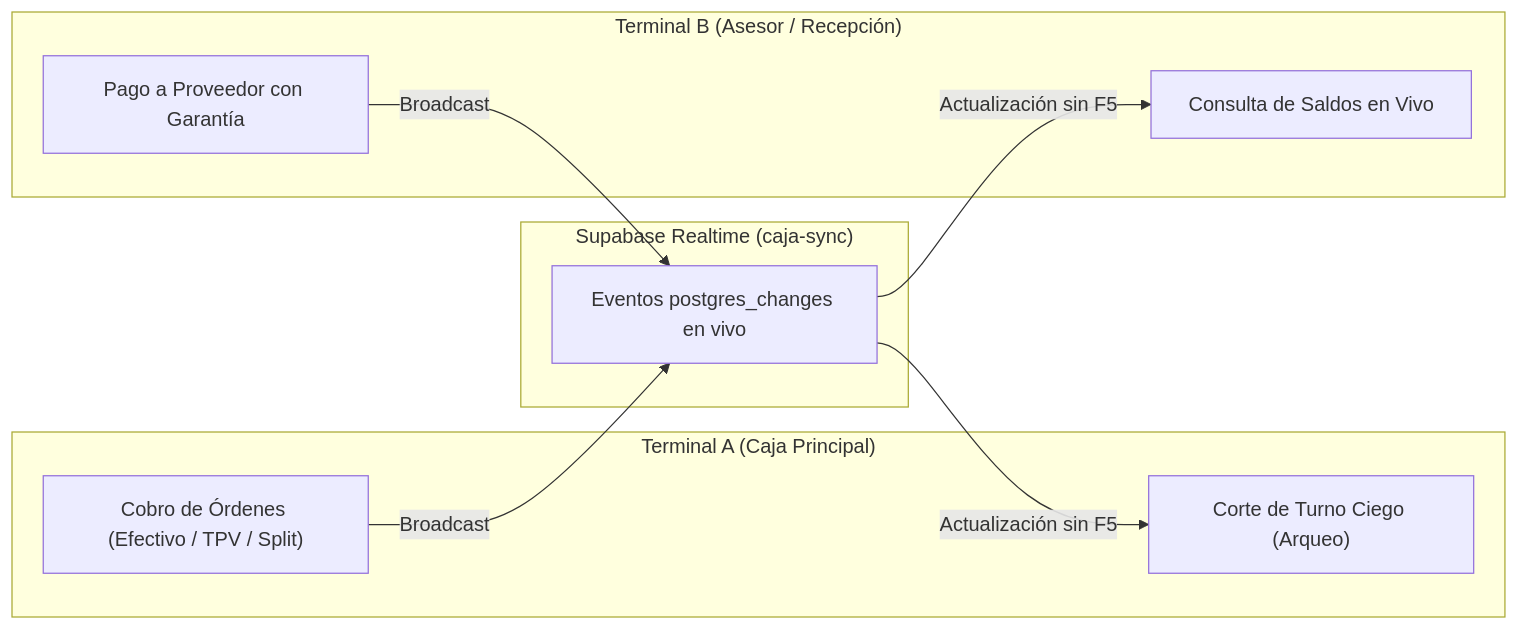
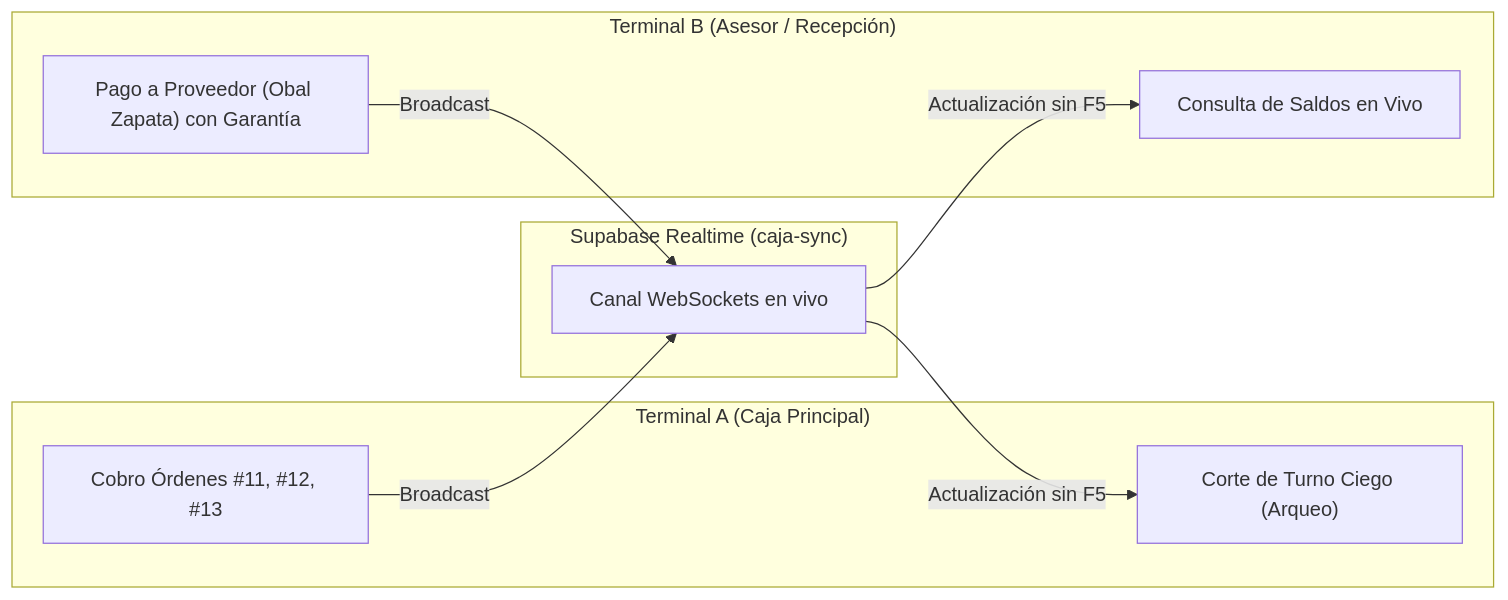
Before and after one commit to confiatechmx/tallertrack: the diagram in docs/guion_pruebas_funcionales_pos_caja_cortes.md, drawn with Mermaid. The commit also changed other lines of this file, not shown here.

Commit message:
docs: consolidar guion de pruebas con datos reales sembrados en BD

````diff
--- a/docs/guion_pruebas_funcionales_pos_caja_cortes.md
+++ b/docs/guion_pruebas_funcionales_pos_caja_cortes.md
@@ -17,21 +19,21 @@
 ```mermaid
 flowchart LR
     subgraph Terminal_A ["Terminal A (Caja Principal)"]
-        A1["Cobro de Órdenes (Efectivo / TPV / Split)"]
+        A1["Cobro Órdenes #11, #12, #13"]
         A2["Corte de Turno Ciego (Arqueo)"]
     end
 
     subgraph Supabase_Realtime ["Supabase Realtime (caja-sync)"]
-        SR["Eventos postgres_changes en vivo"]
+        SR["Canal WebSockets en vivo"]
     end
 
     subgraph Terminal_B ["Terminal B (Asesor / Recepción)"]
         B1["Consulta de Saldos en Vivo"]
-        B2["Pago a Proveedor con Garantía"]
+        B2["Pago a Proveedor (Obal Zapata) con Garantía"]
     end
 
     A1 -->|Broadcast| SR
     SR -->|Actualización sin F5| B1
     B2 -->|Broadcast| SR
     SR -->|Actualización sin F5| A2
 ```
````
